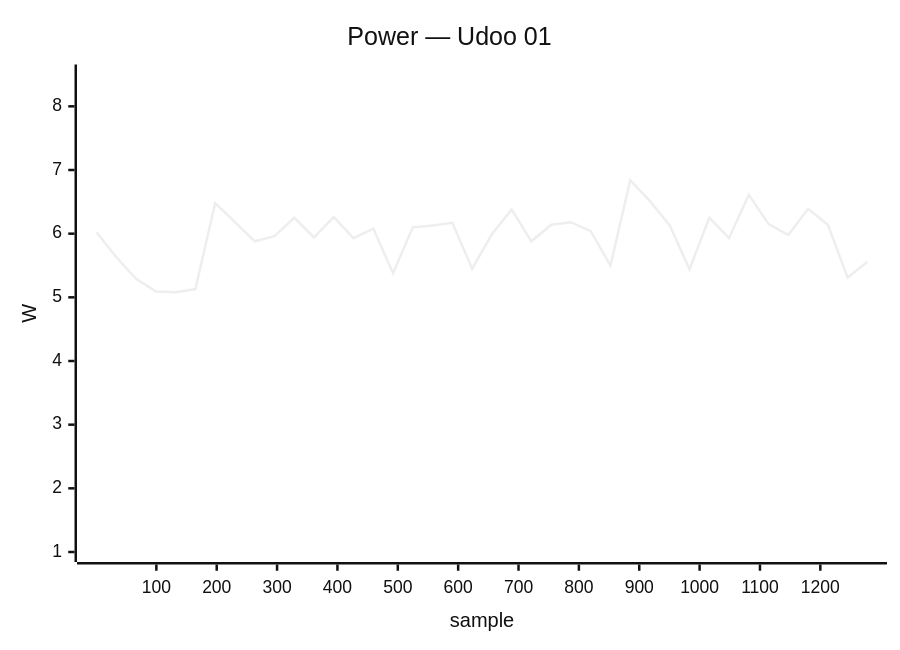
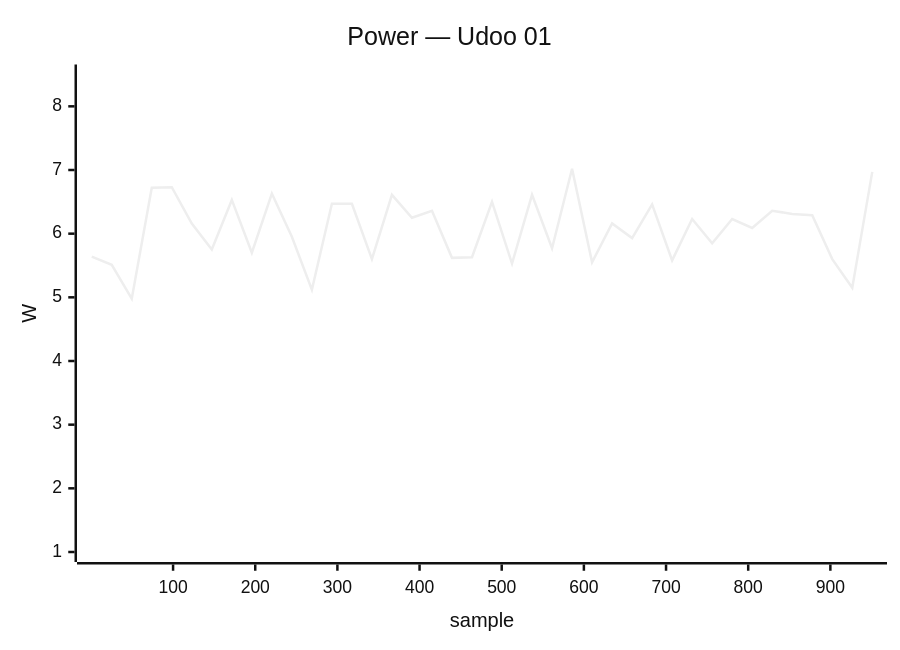
One commit to armbian/documentation changed diagram 17 of 34 in docs/status/board-tests.md. Above: the diagram before and after it, drawn with Mermaid (neutral theme). The commit also changed other lines of this file, not shown here.

````diff
--- a/docs/status/board-tests.md
+++ b/docs/status/board-tests.md
@@ -833,7 +806,7 @@
 ```mermaid
 xychart-beta
     title "Power — Udoo 01"
-    x-axis "sample" 1 --> 1278
+    x-axis "sample" 1 --> 951
     y-axis "W" 1.0 --> 8.5
-    line [6.02, 5.63, 5.29, 5.09, 5.08, 5.13, 6.48, 6.18, 5.88, 5.96, 6.25, 5.94, 6.26, 5.93, 6.08, 5.38, 6.10, 6.13, 6.17, 5.45, 5.99, 6.38, 5.88, 6.14, 6.18, 6.04, 5.50, 6.84, 6.51, 6.13, 5.44, 6.25, 5.93, 6.61, 6.15, 5.98, 6.39, 6.14, 5.31, 5.56]
+    line [5.64, 5.51, 4.98, 6.72, 6.73, 6.16, 5.75, 6.53, 5.70, 6.63, 5.95, 5.12, 6.47, 6.47, 5.60, 6.61, 6.25, 6.36, 5.62, 5.63, 6.50, 5.53, 6.61, 5.77, 7.02, 5.55, 6.16, 5.93, 6.46, 5.58, 6.23, 5.85, 6.23, 6.09, 6.36, 6.31, 6.29, 5.60, 5.15, 6.97]
 ```
````
